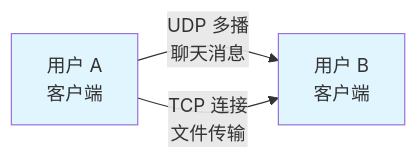
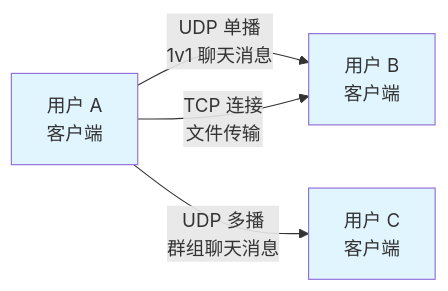
One commit to IdEvEbI/QtLanChat-FeiQClone changed the third of 9 diagrams in docs/stage1/32-network-programming-concepts.md. Above: the diagram before and after it, drawn with Mermaid. The commit also changed other lines of this file, not shown here.

````diff
--- a/docs/stage1/32-network-programming-concepts.md
+++ b/docs/stage1/32-network-programming-concepts.md
@@ -461,8 +463,10 @@
 ```mermaid
 graph LR
-    A[用户 A<br/>客户端] -->|UDP 多播<br/>聊天消息| B[用户 B<br/>客户端]
+    A[用户 A<br/>客户端] -->|UDP 单播<br/>1v1 聊天消息| B[用户 B<br/>客户端]
+    A -->|UDP 多播<br/>群组聊天消息| C[用户 C<br/>客户端]
     A -->|TCP 连接<br/>文件传输| B
 
     style A fill:#e1f5fe
     style B fill:#e1f5fe
+    style C fill:#e1f5fe
 ```
````
